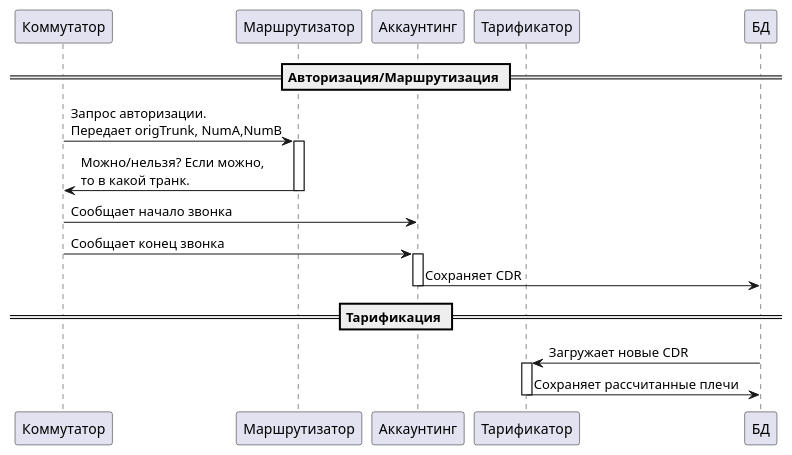
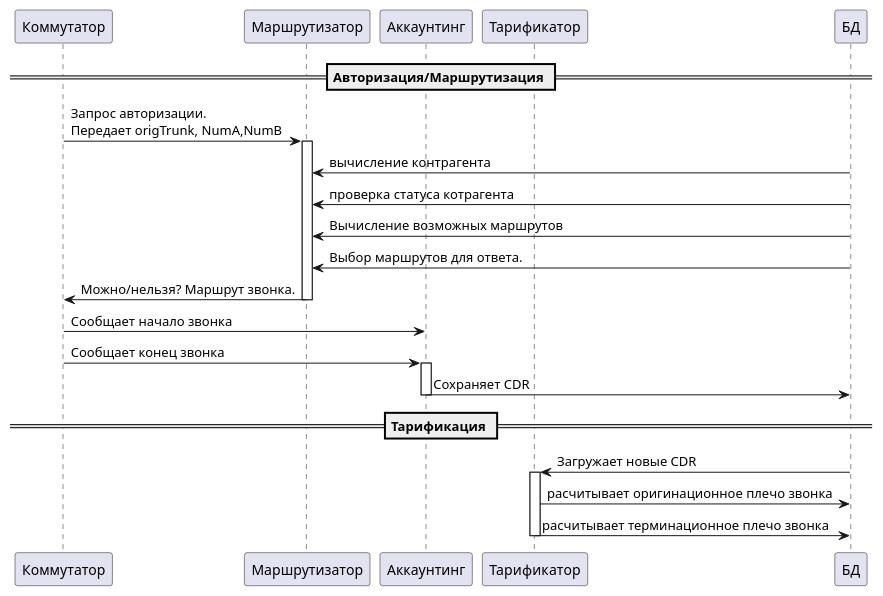
Before and after one commit to lfuuu/Diplom: the diagram in docs/diagrams/calls.wsd, drawn with PlantUML. The commit also changed 1 other file, not shown here.

Commit message:
поправил диаграмму

```diff
--- a/docs/diagrams/calls.wsd
+++ b/docs/diagrams/calls.wsd
@@ -1,31 +1,37 @@
 @startuml
 
 participant Коммутатор order 10
 participant Маршрутизатор order 20
 participant Аккаунтинг order 30
 participant Тарификатор order 40
 participant БД order 50
 
 == Авторизация/Маршрутизация ==
 
 Коммутатор -> Маршрутизатор : Запрос авторизации.\nПередает origTrunk, NumA,NumB
 activate Маршрутизатор
 
-Маршрутизатор -> Коммутатор: Можно/нельзя? Если можно,\nто в какой транк.
+Маршрутизатор <- БД : вычисление контрагента
+Маршрутизатор <- БД : проверка статуса котрагента
+Маршрутизатор <- БД : Вычисление возможных маршрутов
+Маршрутизатор <- БД : Выбор маршрутов для ответа.
+
+Маршрутизатор -> Коммутатор: Можно/нельзя? Маршрут звонка.
 deactivate Маршрутизатор
 
 Коммутатор -> Аккаунтинг: Сообщает начало звонка
 
 Коммутатор -> Аккаунтинг: Сообщает конец звонка
 activate Аккаунтинг
 Аккаунтинг -> БД: Cохраняет CDR
 deactivate Аккаунтинг
 
 == Тарификация ==
 
 Тарификатор <- БД: Загружает новые CDR
 activate Тарификатор
-Тарификатор -> БД: Сохраняет рассчитанные плечи
+Тарификатор -> БД: расчитывает оригинационное плечо звонка
+Тарификатор -> БД: расчитывает терминационное плечо звонка
 deactivate Тарификатор
 
 @enduml
```
